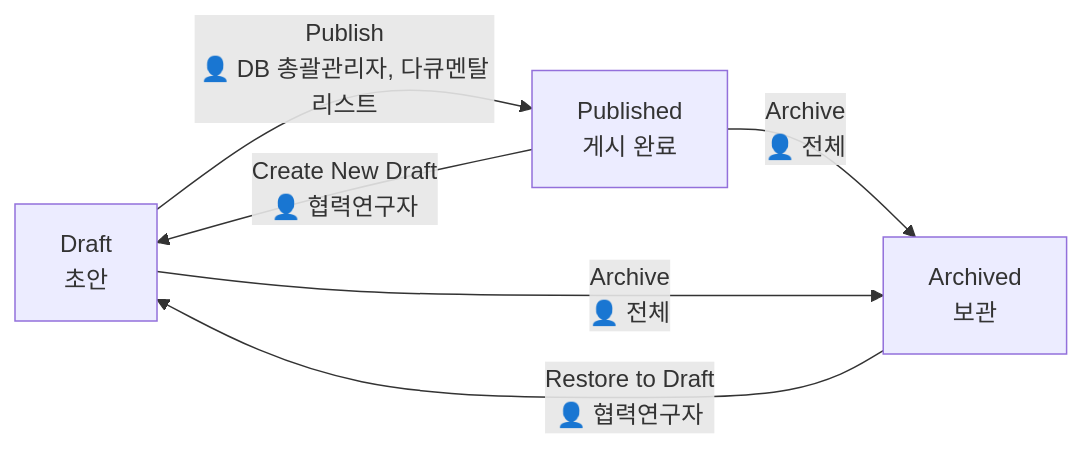
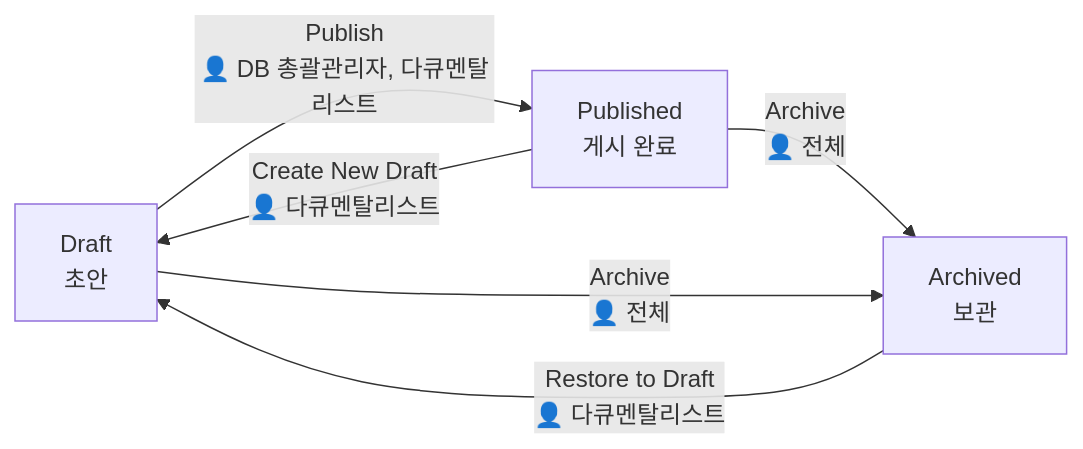
Before and after one commit to sknkwoxs/manual-book: the diagram in src/content/docs/gced/manual/05-workflow/index.md, drawn with Mermaid. The commit also changed other lines of this file and 5 other files, not shown here.

````diff
--- a/src/content/docs/gced/manual/05-workflow/index.md
+++ b/src/content/docs/gced/manual/05-workflow/index.md
@@ -15,8 +15,8 @@
 ```mermaid
 flowchart LR
     Draft[Draft<br/>초안] -->|"Publish<br/>👤 DB 총괄관리자, 다큐멘탈리스트"| Published[Published<br/>게시 완료]
     Published -->|"Archive<br/>👤 전체"| Archived[Archived<br/>보관]
     Draft -->|"Archive<br/>👤 전체"| Archived
-    Archived -->|"Restore to Draft<br/>👤 협력연구자"| Draft
-    Published -->|"Create New Draft<br/>👤 협력연구자"| Draft
+    Archived -->|"Restore to Draft<br/>👤 다큐멘탈리스트"| Draft
+    Published -->|"Create New Draft<br/>👤 다큐멘탈리스트"| Draft
 ```
````
